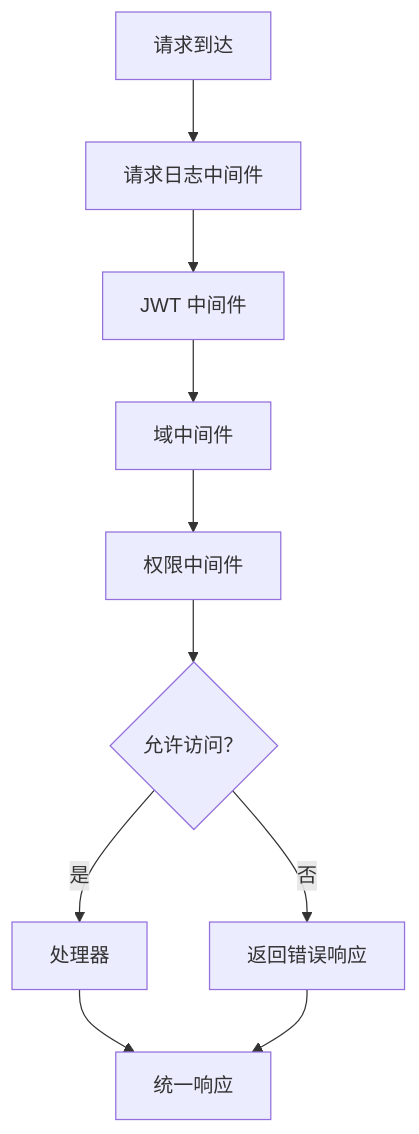
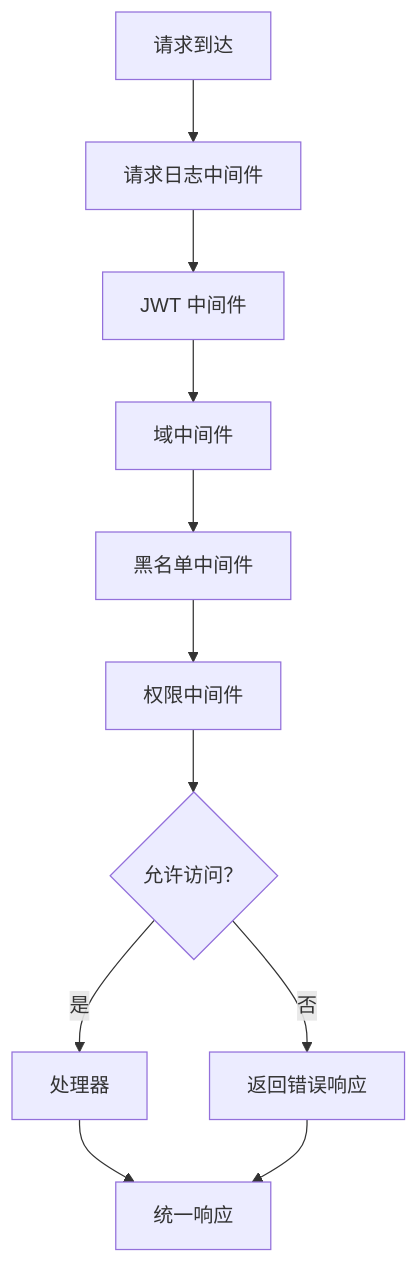
One commit to wuwuseo/e-sports-go-admin changed the fourth of 8 diagrams in .qoder/repowiki/zh/content/架构设计/架构设计.md. Above: the diagram before and after it, drawn with Mermaid. The commit also changed other lines of this file and 42 other files, not shown here.

````diff
--- a/.qoder/repowiki/zh/content/架构设计/架构设计.md
+++ b/.qoder/repowiki/zh/content/架构设计/架构设计.md
@@ -215,12 +244,13 @@
 ```mermaid
 flowchart TD
 Req["请求到达"] --> Log["请求日志中间件"]
 Log --> JWT["JWT 中间件"]
 JWT --> Domain["域中间件"]
-Domain --> Perm["权限中间件"]
+Domain --> Blacklist["黑名单中间件"]
+Blacklist --> Perm["权限中间件"]
 Perm --> Allow{"允许访问？"}
 Allow --> |是| Handler["处理器"]
 Allow --> |否| Deny["返回错误响应"]
 Handler --> Resp["统一响应"]
 Deny --> Resp
 ```
````
